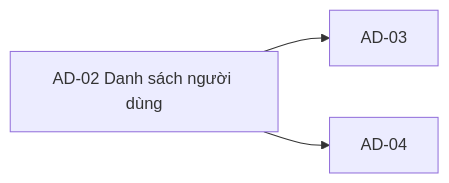
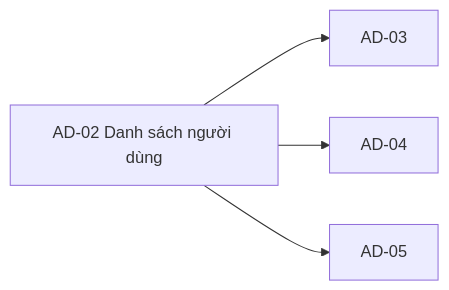
One commit to daovanhung-dev/Study2Work changed the diagram in apps/study-client/docs/dd_screens/AD-02-DanhSachNguoiDung/06-navigation.md. Above: the diagram before and after it, drawn with Mermaid. The commit also changed other lines of this file and 930 other files, not shown here.

Commit message:
feat(study): complete DD-safe screen flows

````diff
--- a/apps/study-client/docs/dd_screens/AD-02-DanhSachNguoiDung/06-navigation.md
+++ b/apps/study-client/docs/dd_screens/AD-02-DanhSachNguoiDung/06-navigation.md
@@ -28,5 +28,6 @@
 ```mermaid
 flowchart LR
   S0["AD-02 Danh sách người dùng"] --> S1["AD-03"]
   S0["AD-02 Danh sách người dùng"] --> S2["AD-04"]
+  S0["AD-02 Danh sách người dùng"] --> S3["AD-05"]
 ```
````
